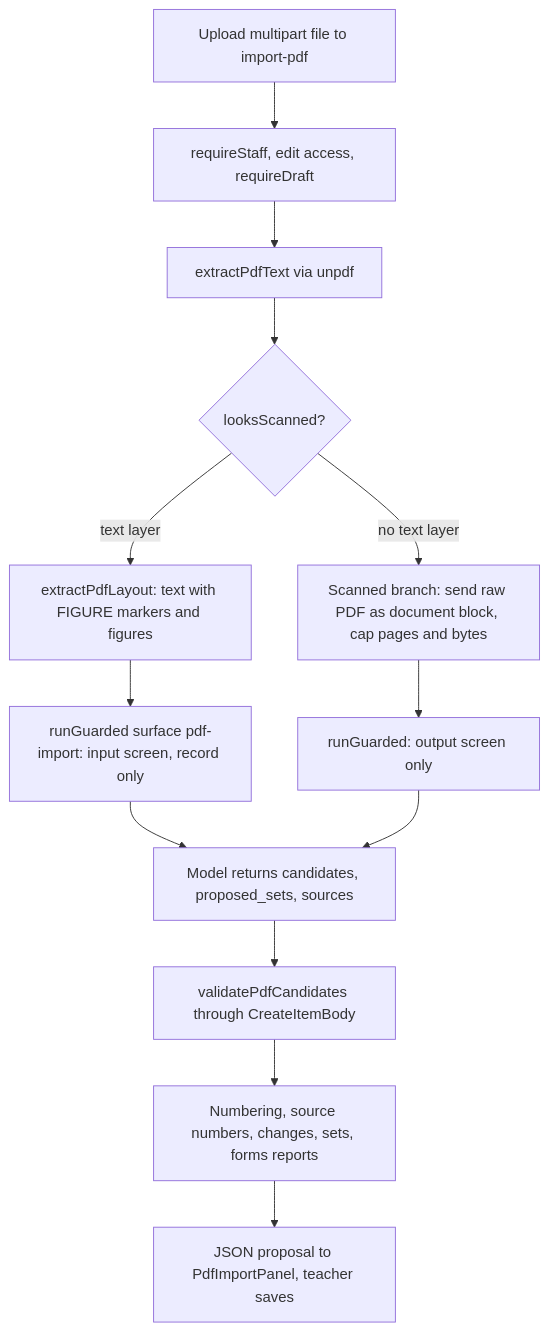
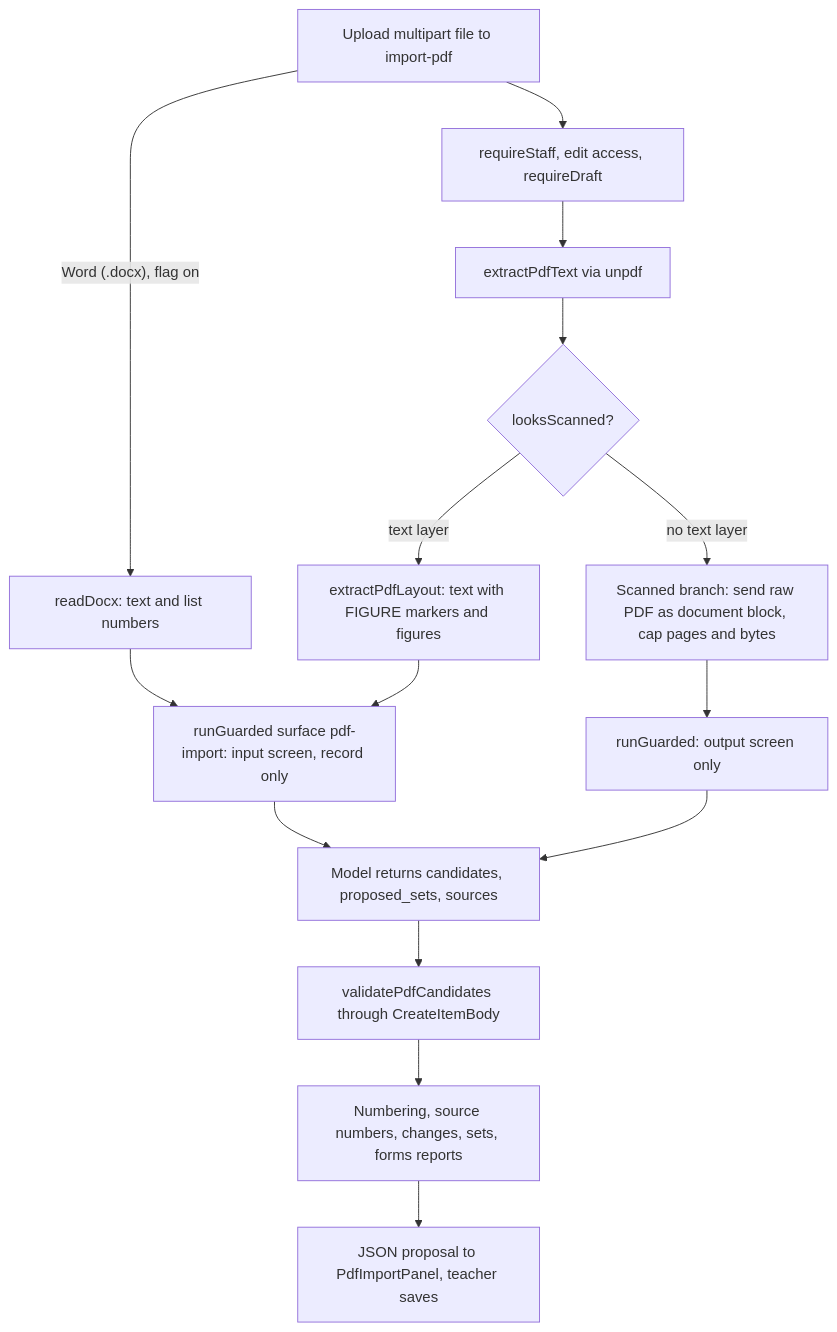
The diagram in openwiki/design-tool/pdf-import.md (psd401/secure-test), drawn with Mermaid before and after one commit. The commit also changed other lines of this file and 6 other files, not shown here.

````diff
--- a/openwiki/design-tool/pdf-import.md
+++ b/openwiki/design-tool/pdf-import.md
@@ -41,15 +51,17 @@
 ```mermaid
 flowchart TD
     A["Upload multipart file to import-pdf"] --> B["requireStaff, edit access, requireDraft"]
     B --> C["extractPdfText via unpdf"]
     C --> D{"looksScanned?"}
     D -- "no text layer" --> E["Scanned branch: send raw PDF as document block, cap pages and bytes"]
     D -- "text layer" --> F["extractPdfLayout: text with FIGURE markers and figures"]
+    A -->|"Word (.docx), flag on"| W["readDocx: text and list numbers"]
+    W --> G
     F --> G["runGuarded surface pdf-import: input screen, record only"]
     E --> H["runGuarded: output screen only"]
     G --> I["Model returns candidates, proposed_sets, sources"]
     H --> I
     I --> J["validatePdfCandidates through CreateItemBody"]
     J --> K["Numbering, source numbers, changes, sets, forms reports"]
     K --> L["JSON proposal to PdfImportPanel, teacher saves"]
 ```
````
